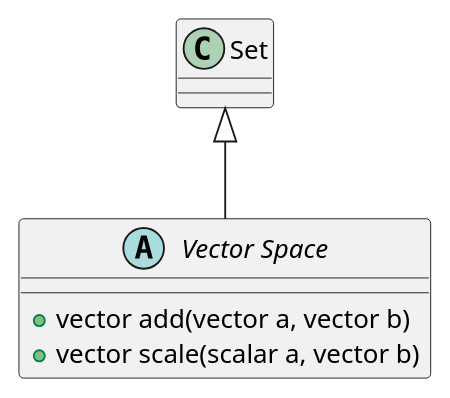
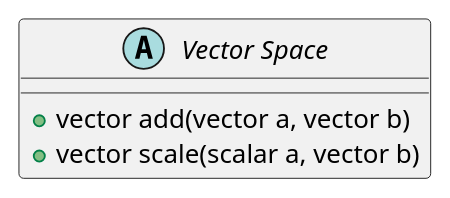
One commit to ashwinreddy/wiki changed the diagram in Mathematics/Linear-Algebra/Vector space.md. Above: the diagram before and after it, drawn with PlantUML.

Commit message:
Updated Vector space.md (markdown)

```diff
--- a/Mathematics/Linear-Algebra/Vector space.md
+++ b/Mathematics/Linear-Algebra/Vector space.md
@@ -3,8 +3,6 @@
 @startuml
 abstract class "Vector Space" {
     +vector add(vector a, vector b)
     +vector scale(scalar a, vector b)
 }
-
-"Set" <|-- "Vector Space"
 @enduml
```
